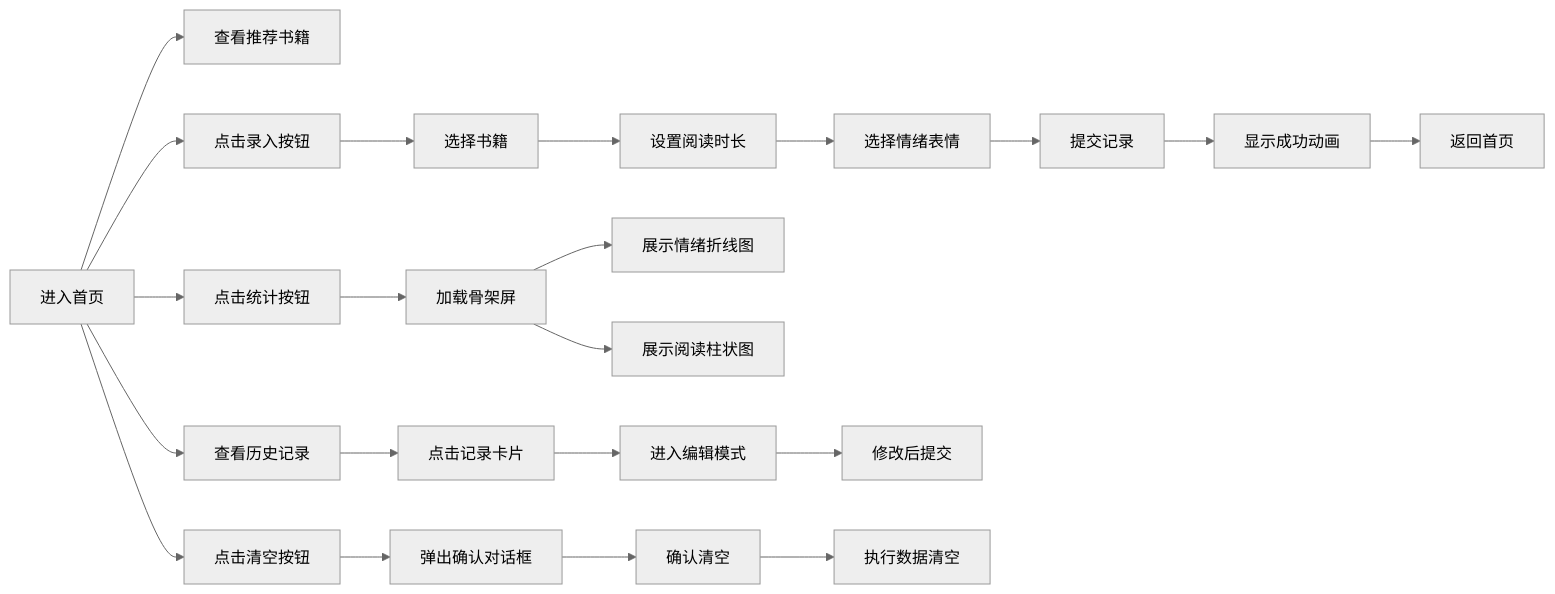
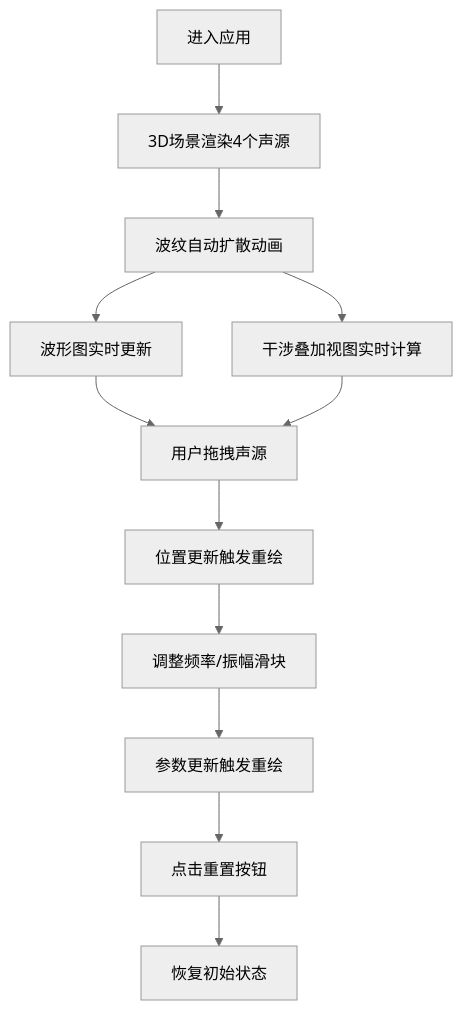
One commit to NUDT-ZSL/Solo changed the diagram in cp2_6.16_auto1/.trae/documents/prd.md. Above: the diagram before and after it, drawn with Mermaid (neutral theme). The commit also changed other lines of this file and 35 other files, not shown here.

````diff
--- a/cp2_6.16_auto1/.trae/documents/prd.md
+++ b/cp2_6.16_auto1/.trae/documents/prd.md
@@ -33,23 +26,14 @@
 ```mermaid
-flowchart LR
-    A["进入首页"] --> B["查看推荐书籍"]
-    A --> C["查看历史记录"]
-    A --> D["点击录入按钮"]
-    D --> E["选择书籍"]
-    E --> F["设置阅读时长"]
-    F --> G["选择情绪表情"]
-    G --> H["提交记录"]
-    H --> I["显示成功动画"]
-    I --> J["返回首页"]
-    A --> K["点击统计按钮"]
-    K --> L["加载骨架屏"]
-    L --> M["展示情绪折线图"]
-    L --> N["展示阅读柱状图"]
-    C --> O["点击记录卡片"]
-    O --> P["进入编辑模式"]
-    P --> Q["修改后提交"]
-    A --> R["点击清空按钮"]
-    R --> S["弹出确认对话框"]
-    S --> T["确认清空"]
-    T --> U["执行数据清空"]
+flowchart TD
+    A["进入应用"] --> B["3D场景渲染4个声源"]
+    B --> C["波纹自动扩散动画"]
+    C --> D["波形图实时更新"]
+    C --> E["干涉叠加视图实时计算"]
+    D --> F["用户拖拽声源"]
+    E --> F
+    F --> G["位置更新触发重绘"]
+    G --> H["调整频率/振幅滑块"]
+    H --> I["参数更新触发重绘"]
+    I --> J["点击重置按钮"]
+    J --> K["恢复初始状态"]
 ```
````
